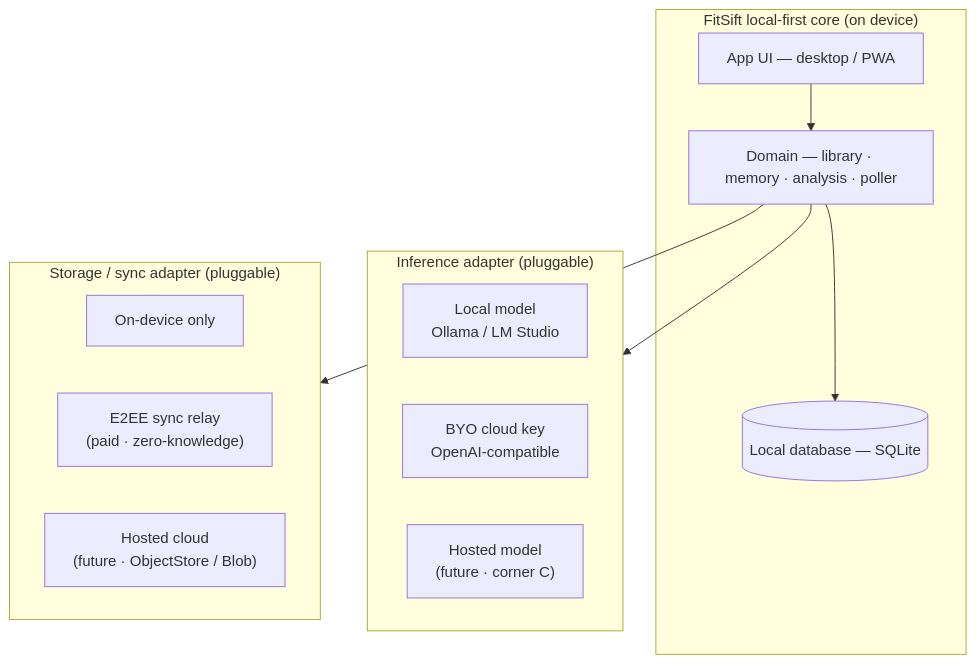
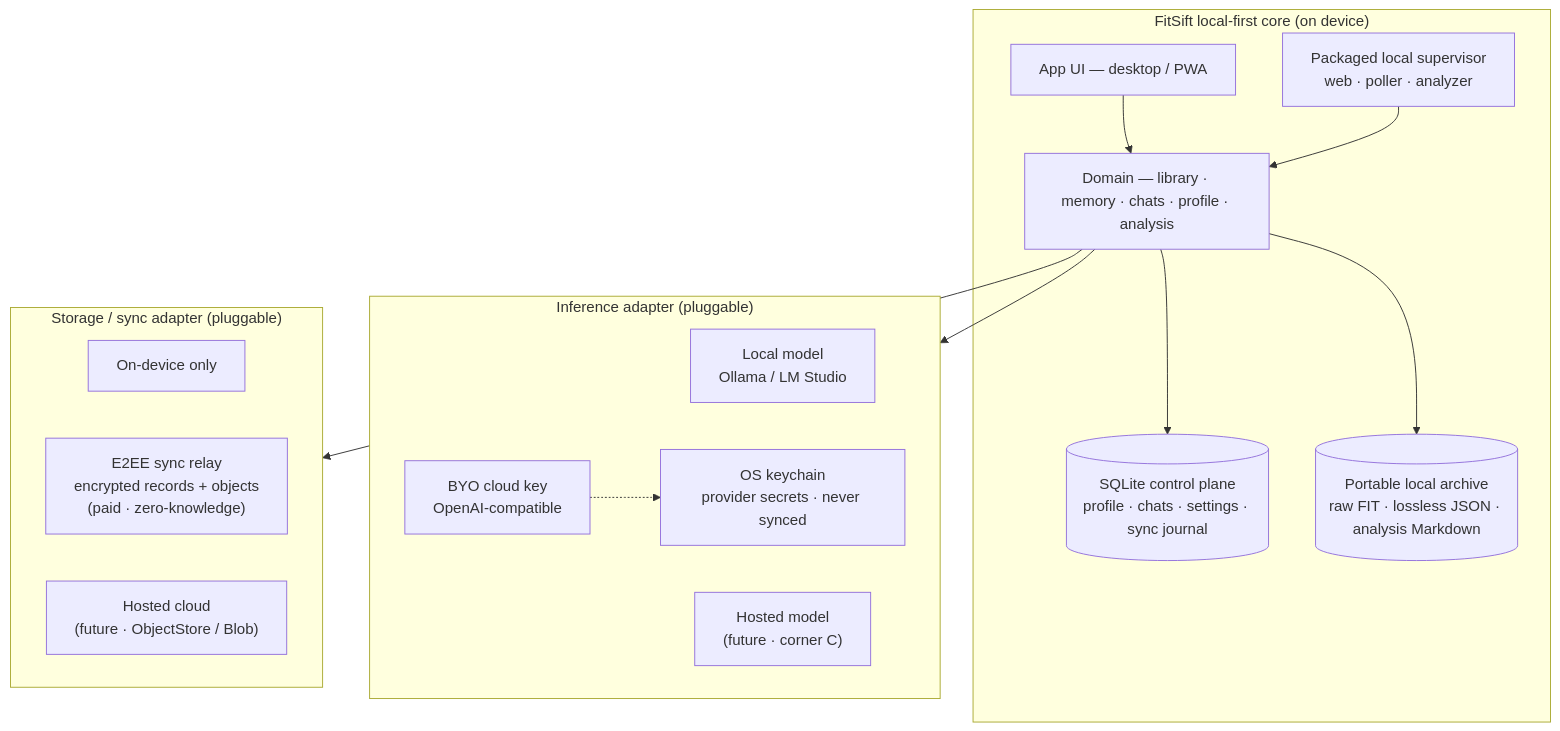
One commit to kerem-ersoz/fit2json changed the diagram in docs/product-direction.md. Above: the diagram before and after it, drawn with Mermaid. The commit also changed other lines of this file and 1 other file, not shown here.

First line of the commit message:
docs: revalidate local-first design after main merge

````diff
--- a/docs/product-direction.md
+++ b/docs/product-direction.md
@@ -45,25 +46,31 @@
 ```mermaid
 flowchart TB
     subgraph Core["FitSift local-first core (on device)"]
         UI["App UI — desktop / PWA"]
-        DOM["Domain — library · memory · analysis · poller"]
-        LDB[("Local database — SQLite")]
+        SUP["Packaged local supervisor<br/>web · poller · analyzer"]
+        DOM["Domain — library · memory · chats · profile · analysis"]
+        LDB[("SQLite control plane<br/>profile · chats · settings · sync journal")]
+        FILES[("Portable local archive<br/>raw FIT · lossless JSON · analysis Markdown")]
         UI --> DOM
+        SUP --> DOM
         DOM --> LDB
+        DOM --> FILES
     end
 
     subgraph Inference["Inference adapter (pluggable)"]
         I1["Local model<br/>Ollama / LM Studio"]
         I2["BYO cloud key<br/>OpenAI-compatible"]
         I3["Hosted model<br/>(future · corner C)"]
+        KEYS["OS keychain<br/>provider secrets · never synced"]
+        I2 -.-> KEYS
     end
 
     subgraph Storage["Storage / sync adapter (pluggable)"]
         S1["On-device only"]
-        S2["E2EE sync relay<br/>(paid · zero-knowledge)"]
+        S2["E2EE sync relay<br/>encrypted records + objects<br/>(paid · zero-knowledge)"]
         S3["Hosted cloud<br/>(future · ObjectStore / Blob)"]
     end
 
     DOM --> Inference
     DOM --> Storage
 ```
````
